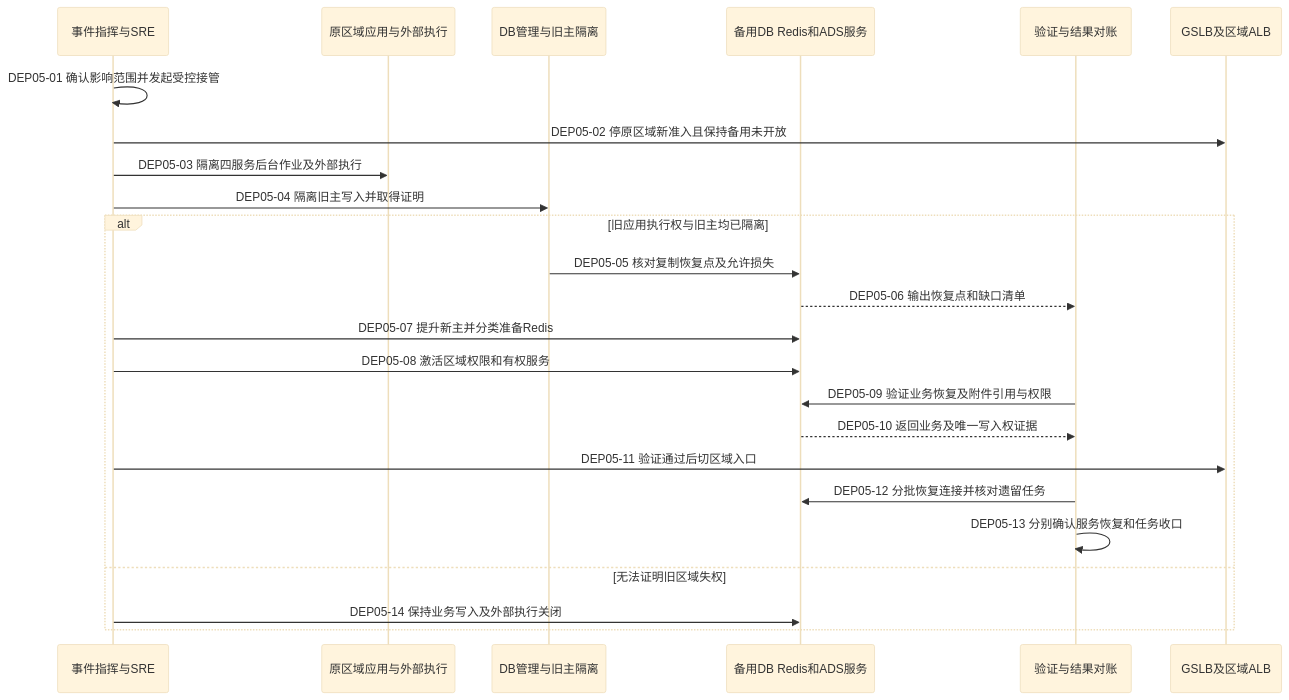
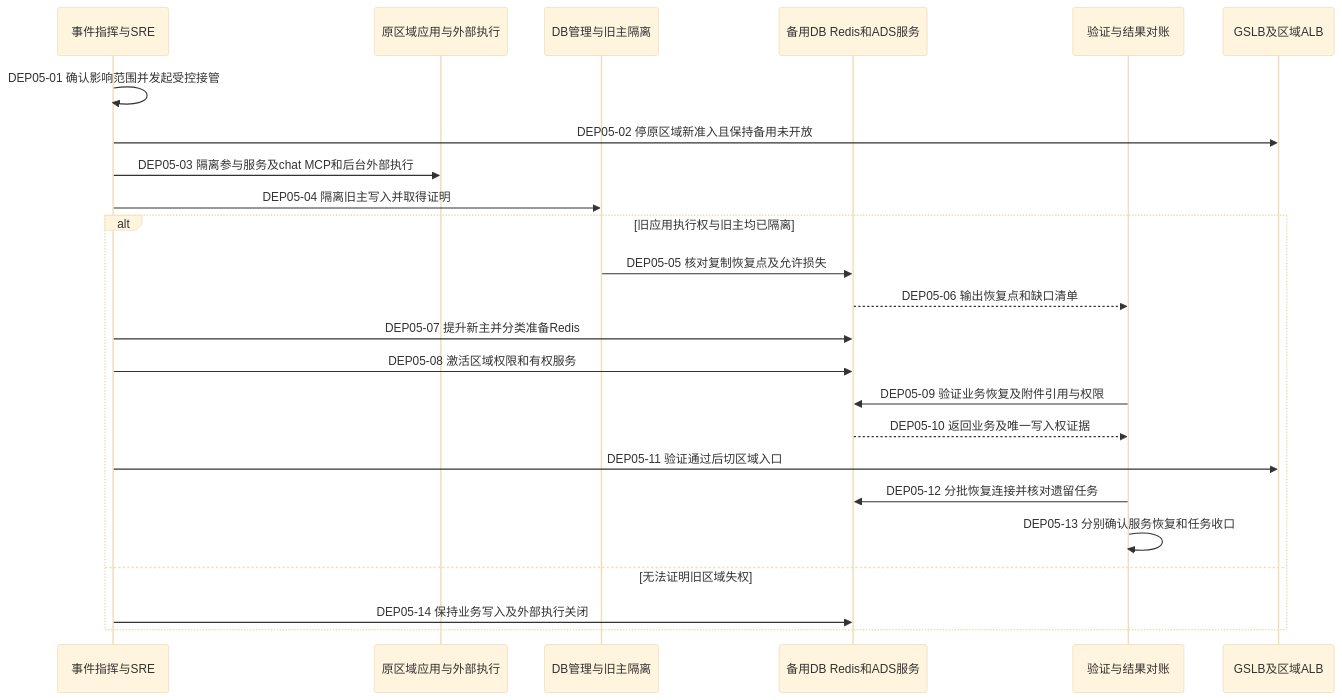
The sixth of 7 diagrams in docs/architecture/high-availability/deployment.md (kunben-duck/exweb), drawn with Mermaid (base theme) before and after one commit. The commit also changed other lines of this file and 9 other files, not shown here.

````diff
--- a/docs/architecture/high-availability/deployment.md
+++ b/docs/architecture/high-availability/deployment.md
@@ -245,26 +311,26 @@
 ```mermaid
 sequenceDiagram
     participant IC as 事件指挥与SRE
     participant OLD as 原区域应用与外部执行
     participant DBA as DB管理与旧主隔离
     participant NEW as 备用DB Redis和ADS服务
     participant CHECK as 验证与结果对账
     participant GSLB as GSLB及区域ALB
     IC->>IC: DEP05-01 确认影响范围并发起受控接管
     IC->>GSLB: DEP05-02 停原区域新准入且保持备用未开放
-    IC->>OLD: DEP05-03 隔离四服务后台作业及外部执行
+    IC->>OLD: DEP05-03 隔离参与服务及chat MCP和后台外部执行
     IC->>DBA: DEP05-04 隔离旧主写入并取得证明
     alt 旧应用执行权与旧主均已隔离
         DBA->>NEW: DEP05-05 核对复制恢复点及允许损失
         NEW-->>CHECK: DEP05-06 输出恢复点和缺口清单
         IC->>NEW: DEP05-07 提升新主并分类准备Redis
         IC->>NEW: DEP05-08 激活区域权限和有权服务
         CHECK->>NEW: DEP05-09 验证业务恢复及附件引用与权限
         NEW-->>CHECK: DEP05-10 返回业务及唯一写入权证据
         IC->>GSLB: DEP05-11 验证通过后切区域入口
         CHECK->>NEW: DEP05-12 分批恢复连接并核对遗留任务
         CHECK->>CHECK: DEP05-13 分别确认服务恢复和任务收口
     else 无法证明旧区域失权
         IC->>NEW: DEP05-14 保持业务写入及外部执行关闭
     end
 ```
````
